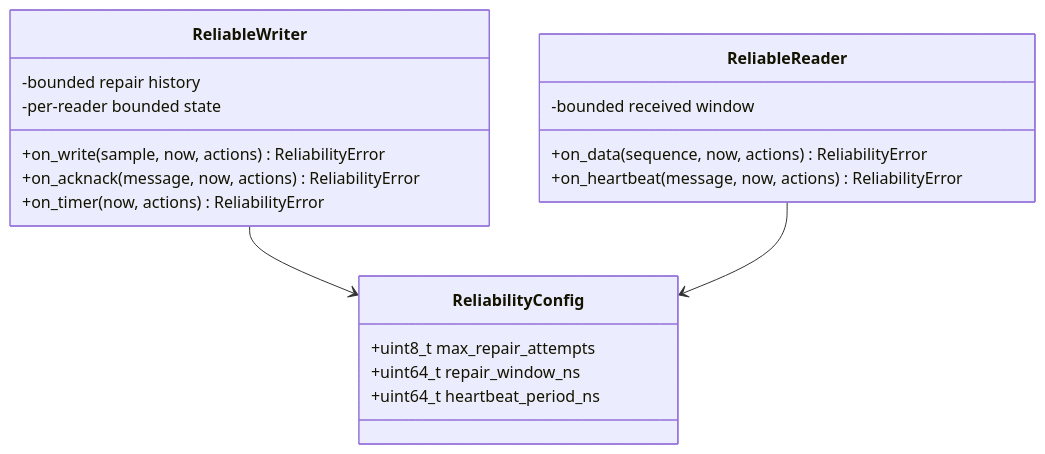
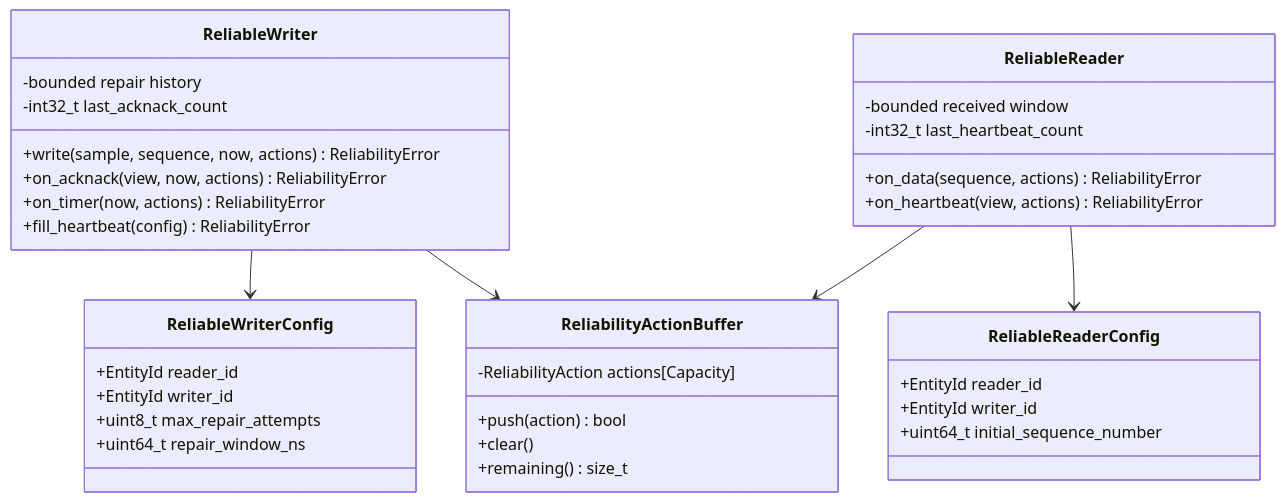
One commit to indrakanti/openRTDDS changed the third of 5 diagrams in docs/design/reliability/detailed-design.md. Above: the diagram before and after it, drawn with Mermaid. The commit also changed other lines of this file and 12 other files, not shown here.

Commit message:
PR8: add bounded reliability state machines

````diff
--- a/docs/design/reliability/detailed-design.md
+++ b/docs/design/reliability/detailed-design.md
@@ -243,22 +247,38 @@
 ```mermaid
 classDiagram
-    class ReliabilityConfig {
+    class ReliableWriterConfig {
+      +EntityId reader_id
+      +EntityId writer_id
       +uint8_t max_repair_attempts
       +uint64_t repair_window_ns
-      +uint64_t heartbeat_period_ns
+    }
+    class ReliableReaderConfig {
+      +EntityId reader_id
+      +EntityId writer_id
+      +uint64_t initial_sequence_number
     }
     class ReliableWriter {
       -bounded repair history
-      -per-reader bounded state
-      +on_write(sample, now, actions) ReliabilityError
-      +on_acknack(message, now, actions) ReliabilityError
+      -int32_t last_acknack_count
+      +write(sample, sequence, now, actions) ReliabilityError
+      +on_acknack(view, now, actions) ReliabilityError
       +on_timer(now, actions) ReliabilityError
+      +fill_heartbeat(config) ReliabilityError
     }
     class ReliableReader {
       -bounded received window
-      +on_data(sequence, now, actions) ReliabilityError
-      +on_heartbeat(message, now, actions) ReliabilityError
+      -int32_t last_heartbeat_count
+      +on_data(sequence, actions) ReliabilityError
+      +on_heartbeat(view, actions) ReliabilityError
     }
-    ReliableWriter --> ReliabilityConfig
-    ReliableReader --> ReliabilityConfig
+    class ReliabilityActionBuffer {
+      -ReliabilityAction actions[Capacity]
+      +push(action) bool
+      +clear()
+      +remaining() size_t
+    }
+    ReliableWriter --> ReliableWriterConfig
+    ReliableReader --> ReliableReaderConfig
+    ReliableWriter --> ReliabilityActionBuffer
+    ReliableReader --> ReliabilityActionBuffer
 ```
````
